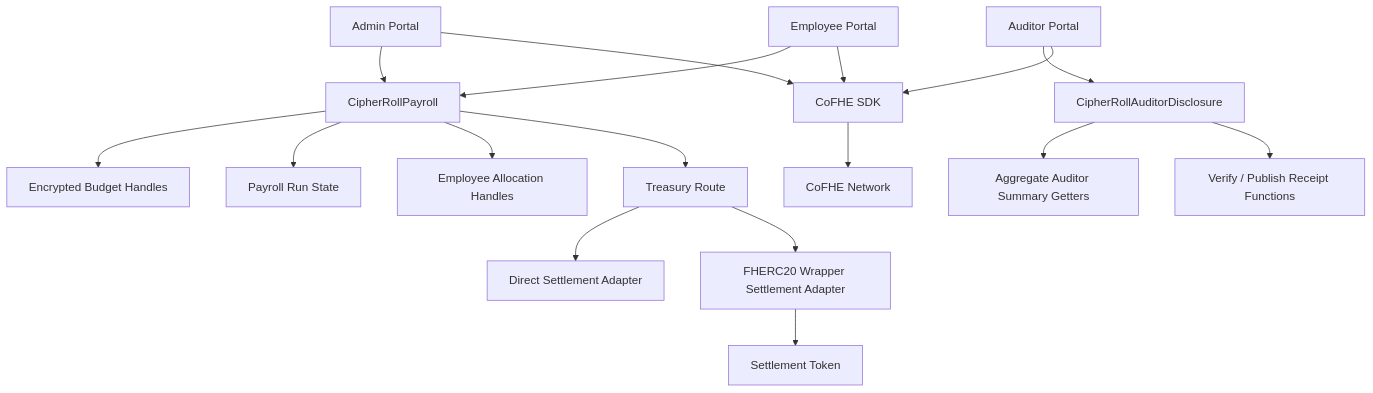
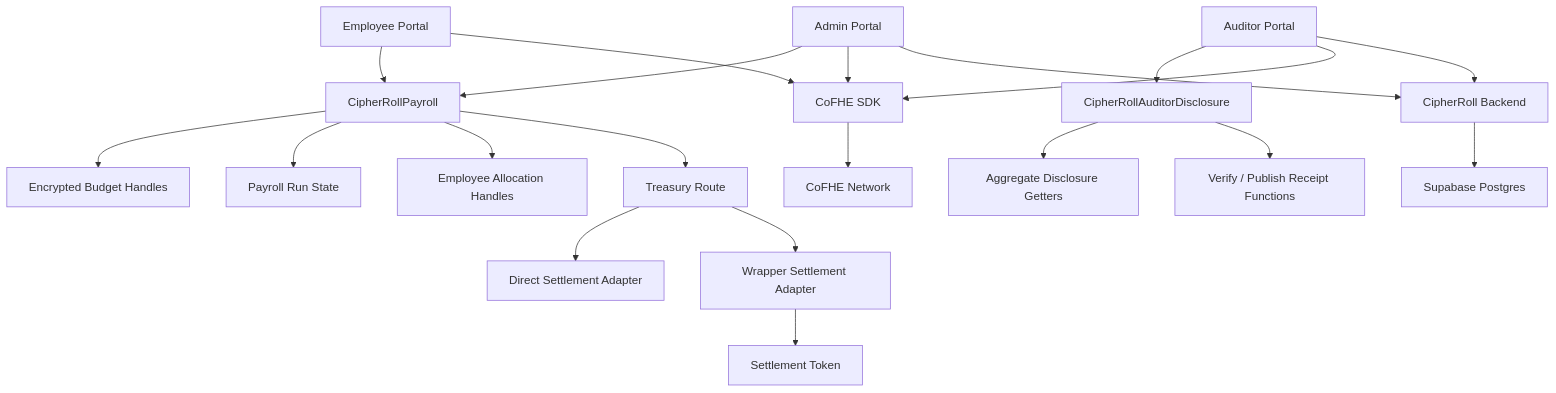
Before and after one commit to PhanTom497/CipherRoll: the first of 2 diagrams in docs/ARCHITECTURE.md, drawn with Mermaid. The commit also changed other lines of this file and 5 other files, not shown here.

````diff
--- a/docs/ARCHITECTURE.md
+++ b/docs/ARCHITECTURE.md
@@ -21,24 +21,27 @@
 ```mermaid
 flowchart TD
     A[Admin Portal] --> B[CipherRollPayroll]
     C[Employee Portal] --> B
     D[Auditor Portal] --> E[CipherRollAuditorDisclosure]
 
     A --> F["CoFHE SDK"]
     C --> F
     D --> F
-
     F --> G[CoFHE Network]
 
     B --> H[Encrypted Budget Handles]
     B --> I[Payroll Run State]
     B --> J[Employee Allocation Handles]
     B --> K[Treasury Route]
 
-    E --> L[Aggregate Auditor Summary Getters]
+    E --> L[Aggregate Disclosure Getters]
     E --> M[Verify / Publish Receipt Functions]
 
     K --> N[Direct Settlement Adapter]
-    K --> O[FHERC20 Wrapper Settlement Adapter]
+    K --> O[Wrapper Settlement Adapter]
     O --> P[Settlement Token]
+
+    A --> Q[CipherRoll Backend]
+    D --> Q
+    Q --> R[Supabase Postgres]
 ```
````
